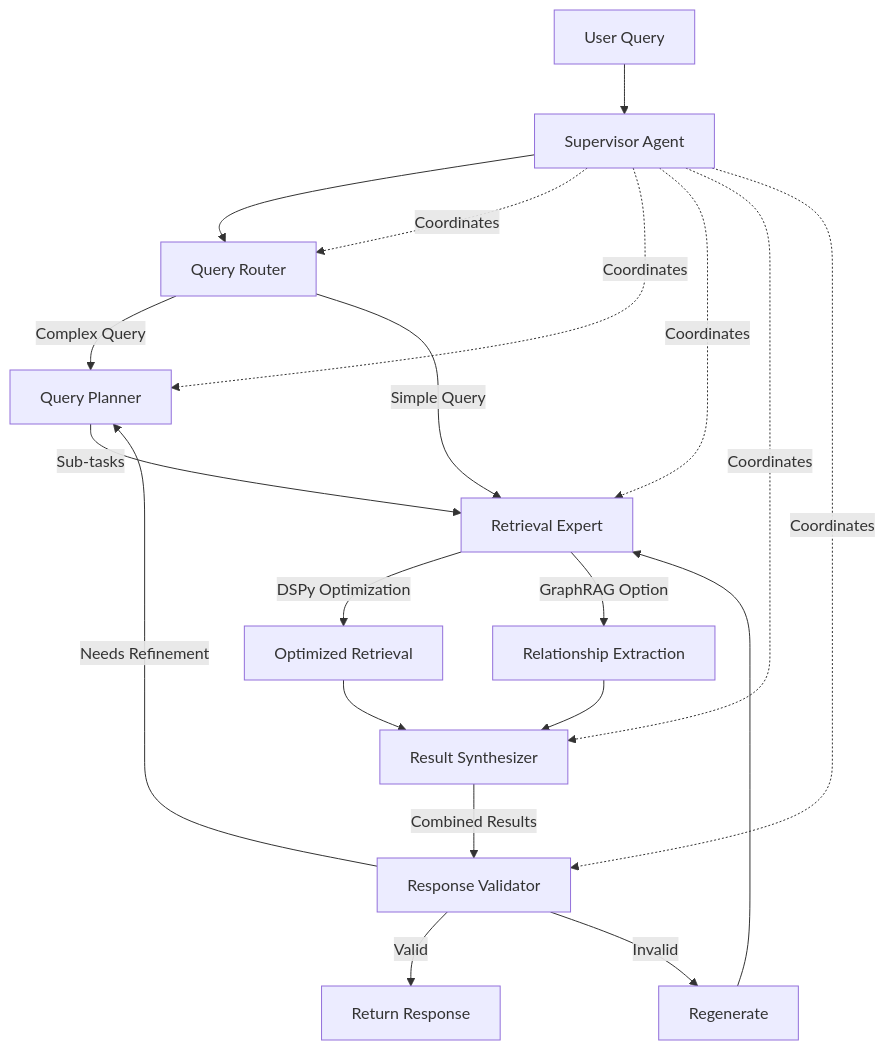
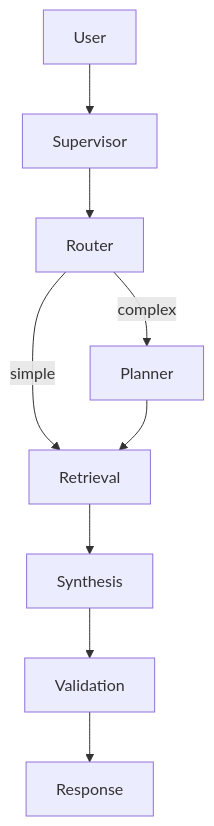
Before and after one commit to BjornMelin/docmind-ai-llm: the diagram in docs/developers/adrs/ADR-001-modern-agentic-rag-architecture.md, drawn with Mermaid. The commit also changed other lines of this file and 30 other files, not shown here.

````diff
--- a/docs/developers/adrs/ADR-001-modern-agentic-rag-architecture.md
+++ b/docs/developers/adrs/ADR-001-modern-agentic-rag-architecture.md
@@ -106,25 +54,11 @@
 ```mermaid
 graph TD
-    A[User Query] --> B[Supervisor Agent]
-    B --> C[Query Router]
-    C -->|Complex Query| D[Query Planner]
-    C -->|Simple Query| E[Retrieval Expert]
-    
-    D -->|Sub-tasks| E
-    E -->|DSPy Optimization| F[Optimized Retrieval]
-    E -->|GraphRAG Option| G[Relationship Extraction]
-    
-    F --> H[Result Synthesizer]
-    G --> H
-    
-    H -->|Combined Results| I[Response Validator]
-    I -->|Valid| J[Return Response]
-    I -->|Invalid| K[Regenerate] --> E
-    I -->|Needs Refinement| D
-    
-    B -.->|Coordinates| C
-    B -.->|Coordinates| D
-    B -.->|Coordinates| E
-    B -.->|Coordinates| H
-    B -.->|Coordinates| I
+  U[User] --> S[Supervisor]
+  S --> R[Router]
+  R -->|complex| P[Planner]
+  R -->|simple| T[Retrieval]
+  P --> T
+  T --> Y[Synthesis]
+  Y --> V[Validation]
+  V --> O[Response]
 ```
````
